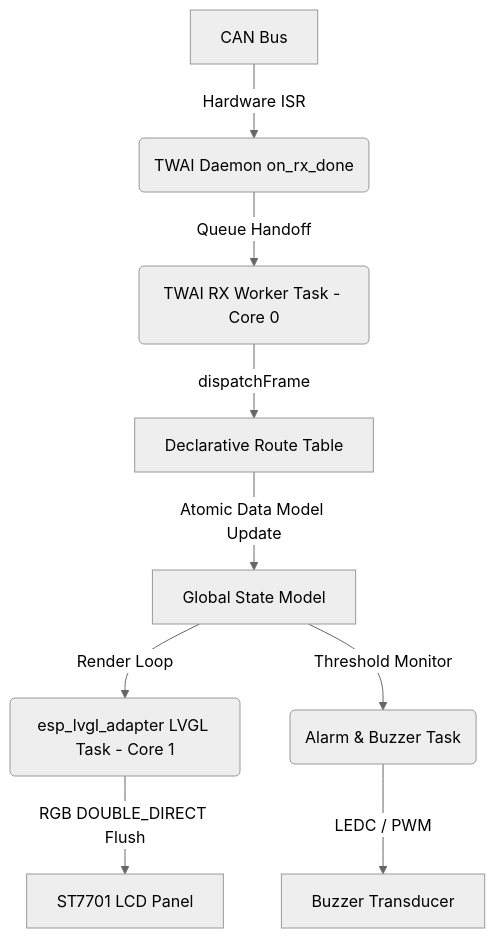
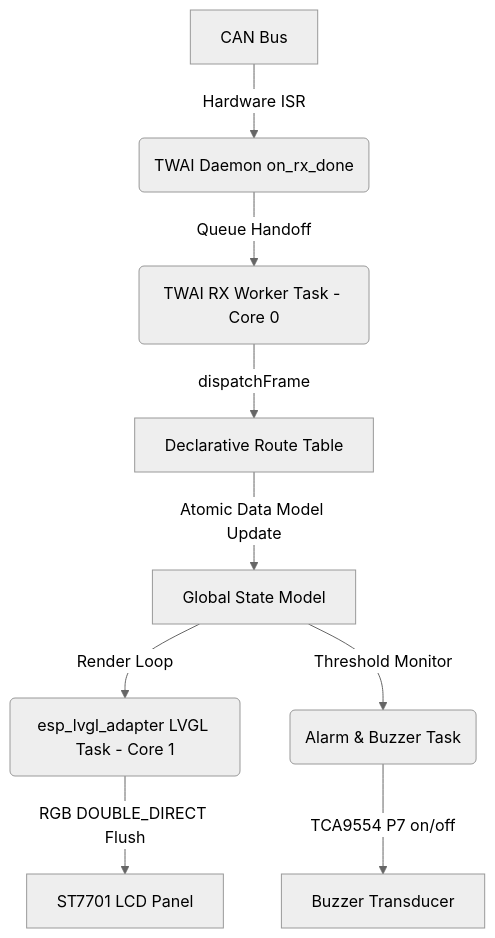
One commit to martinroger/vx-binocle-espidf changed the diagram in left_screen/TOO.MD. Above: the diagram before and after it, drawn with Mermaid (neutral theme). The commit also changed other lines of this file and 26 other files, not shown here.

````diff
--- a/left_screen/TOO.MD
+++ b/left_screen/TOO.MD
@@ -7,11 +7,11 @@
 ```mermaid
 graph TD
     A[CAN Bus] -->|Hardware ISR| B(TWAI Daemon on_rx_done)
     B -->|Queue Handoff| C(TWAI RX Worker Task - Core 0)
     C -->|dispatchFrame| D[Declarative Route Table]
     D -->|Atomic Data Model Update| E[Global State Model]
     E -->|Render Loop| F(esp_lvgl_adapter LVGL Task - Core 1)
     F -->|RGB DOUBLE_DIRECT Flush| G[ST7701 LCD Panel]
     E -->|Threshold Monitor| H(Alarm & Buzzer Task)
-    H -->|LEDC / PWM| I[Buzzer Transducer]
+    H -->|TCA9554 P7 on/off| I[Buzzer Transducer]
 ```
````
